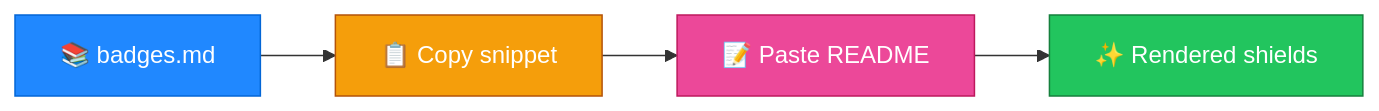
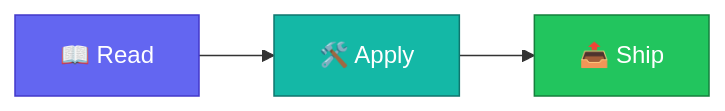
One commit to manansbdb/github-profile-badges changed the diagram in README.md. Above: the diagram before and after it, drawn with Mermaid. The commit also changed other lines of this file and 1 other file, not shown here.

Commit message:
docs: polish README (banner, badges, mermaid, EN+PT)

````diff
--- a/README.md
+++ b/README.md
@@ -28,10 +27,8 @@
 ```mermaid
 flowchart LR
-  A["📚 badges.md"] --> B["📋 Copy snippet"]
-  B --> C["📝 Paste README"]
-  C --> D["✨ Rendered shields"]
-  style A fill:#2088FF,stroke:#0366d6,color:#fff
-  style B fill:#f59e0b,stroke:#b45309,color:#fff
-  style C fill:#ec4899,stroke:#be185d,color:#fff
-  style D fill:#22c55e,stroke:#15803d,color:#fff
+  A["📖 Read"] --> B["🛠️ Apply"]
+  B --> C["📤 Ship"]
+  style A fill:#6366f1,stroke:#4338ca,color:#fff
+  style B fill:#14b8a6,stroke:#0f766e,color:#fff
+  style C fill:#22c55e,stroke:#15803d,color:#fff
 ```
````
